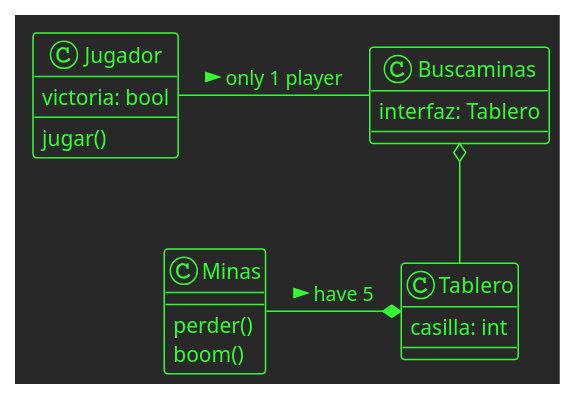
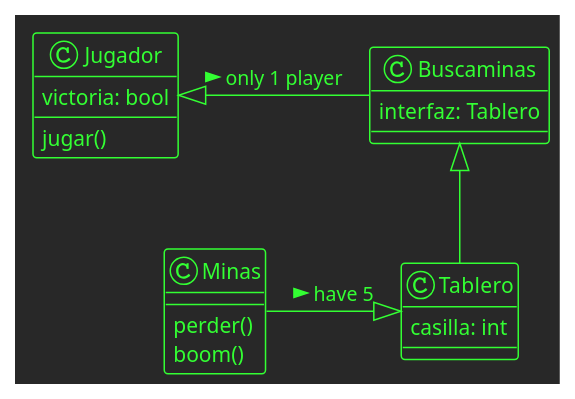
The diagram in MyUML.puml (AbelardoOchoa/FirstExamOOP), drawn with PlantUML before and after one commit. The commit also changed 3 other files, not shown here.

```diff
--- a/MyUML.puml
+++ b/MyUML.puml
@@ -1,20 +1,20 @@
-@startuml
+@startuml OOP
 !theme crt-green
 class Buscaminas{
 interfaz: Tablero
 }
 class Tablero{
 casilla: int 
 }
 class Minas{
 perder()
 boom()
 }
 class Jugador{
 victoria: bool
 jugar()
 }
-Minas -* Tablero: have 5 >
-Buscaminas o-- Tablero
-Jugador - Buscaminas: only 1 player >
+Minas -|> Tablero: have 5 >
+Buscaminas <|-- Tablero
+Jugador <|- Buscaminas: only 1 player >
 @enduml
```
